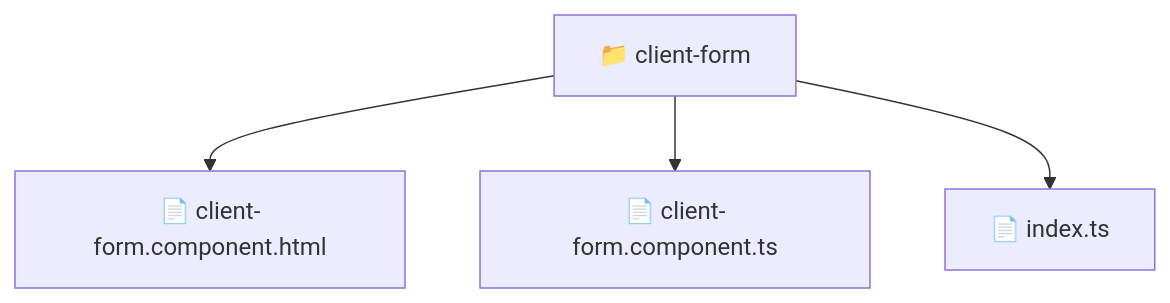
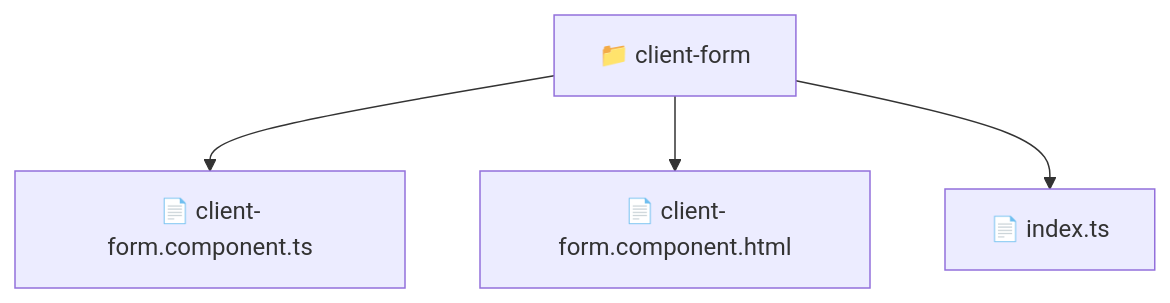
Before and after one commit to beginwebdev2002/fullstack-mavluda: the diagram in frontend/src/features/client-form/README.md, drawn with Mermaid. The commit also changed other lines of this file and 164 other files, not shown here.

First line of the commit message:
docs: generate robust autonomous architectural documentation

````diff
--- a/frontend/src/features/client-form/README.md
+++ b/frontend/src/features/client-form/README.md
@@ -11,7 +11,7 @@
 ```mermaid
 graph TD
-  Root["📁 client-form"]
-  Root --> client_form_component_html["📄 client-form.component.html"]
-  Root --> client_form_component_ts["📄 client-form.component.ts"]
-  Root --> index_ts["📄 index.ts"]
+    f_client_form["📁 client-form"]
+    f_client_form --> f_client_form_component_ts["📄 client-form.component.ts"]
+    f_client_form --> f_client_form_component_html["📄 client-form.component.html"]
+    f_client_form --> f_index_ts["📄 index.ts"]
 ```
````
